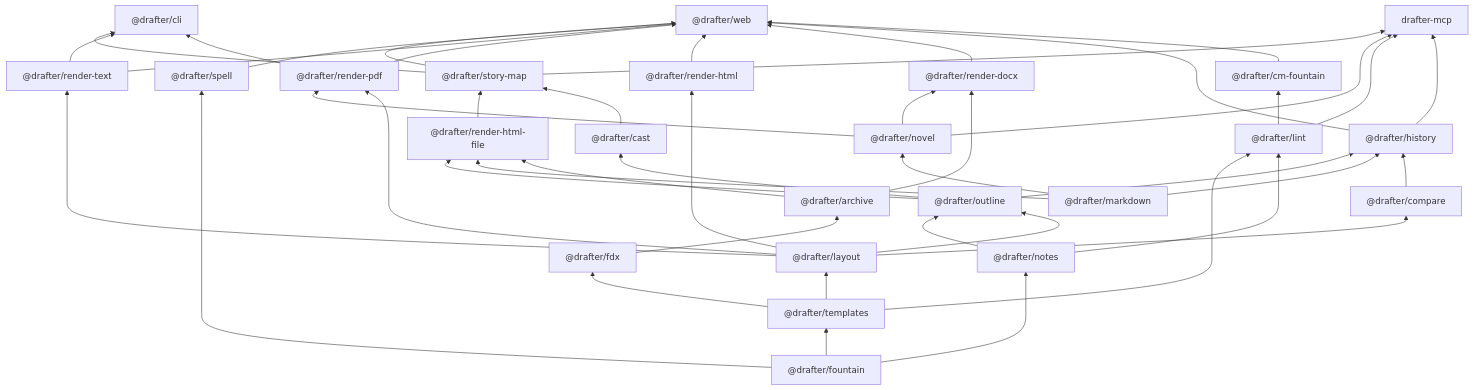
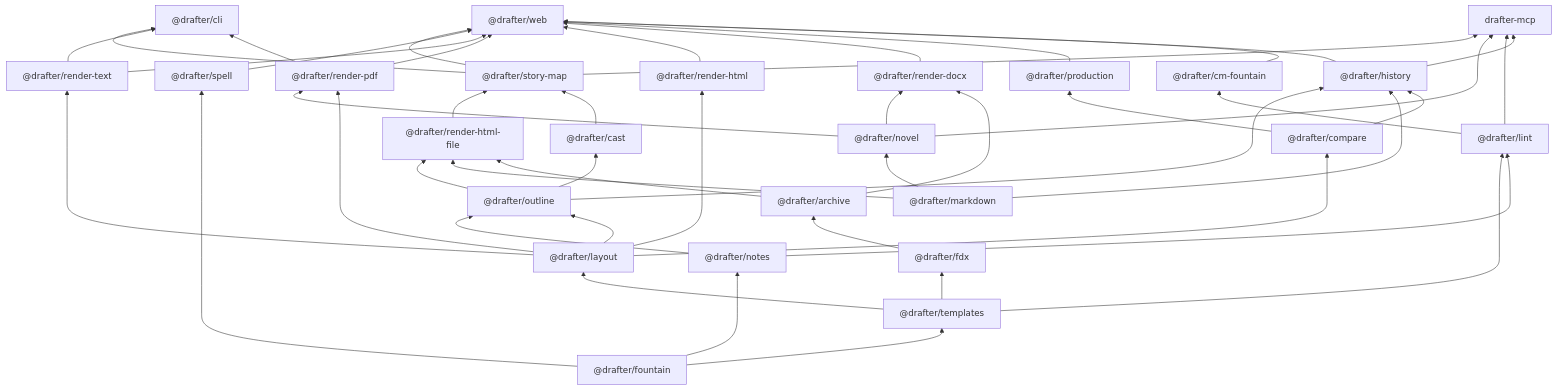
One commit to cschweda/drafter changed the first of 5 diagrams in docs/technical-details.md. Above: the diagram before and after it, drawn with Mermaid. The commit also changed 19 other files, not shown here.

````diff
--- a/docs/technical-details.md
+++ b/docs/technical-details.md
@@ -38,70 +38,73 @@
 ```mermaid
 flowchart BT
   web["@drafter/web"]
   cli["@drafter/cli"]
   drafter_mcp["drafter-mcp"]
   cm_fountain["@drafter/cm-fountain"]
   outline["@drafter/outline"]
+  production["@drafter/production"]
   compare["@drafter/compare"]
   history["@drafter/history"]
   cast["@drafter/cast"]
   story_map["@drafter/story-map"]
   render_pdf["@drafter/render-pdf"]
   render_html["@drafter/render-html"]
   render_html_file["@drafter/render-html-file"]
   render_text["@drafter/render-text"]
   render_docx["@drafter/render-docx"]
   layout["@drafter/layout"]
   lint["@drafter/lint"]
   fdx["@drafter/fdx"]
   archive["@drafter/archive"]
   templates["@drafter/templates"]
   notes["@drafter/notes"]
   spell["@drafter/spell"]
   markdown["@drafter/markdown"]
   novel["@drafter/novel"]
   fountain["@drafter/fountain"]
   cm_fountain --> web
   history --> web
+  production --> web
   render_docx --> web
   render_html --> web
   render_pdf --> web
   render_text --> web
   spell --> web
   story_map --> web
   render_pdf --> cli
   render_text --> cli
   story_map --> cli
   history --> drafter_mcp
   lint --> drafter_mcp
   novel --> drafter_mcp
   story_map --> drafter_mcp
   lint --> cm_fountain
   layout --> outline
   notes --> outline
+  compare --> production
   layout --> compare
   compare --> history
   markdown --> history
   outline --> history
   outline --> cast
   cast --> story_map
   render_html_file --> story_map
   layout --> render_pdf
   novel --> render_pdf
   layout --> render_html
   archive --> render_html_file
   markdown --> render_html_file
   outline --> render_html_file
   layout --> render_text
   archive --> render_docx
   novel --> render_docx
   templates --> layout
   notes --> lint
   templates --> lint
   templates --> fdx
   fdx --> archive
   fountain --> templates
   fountain --> notes
   fountain --> spell
   markdown --> novel
 ```
````
